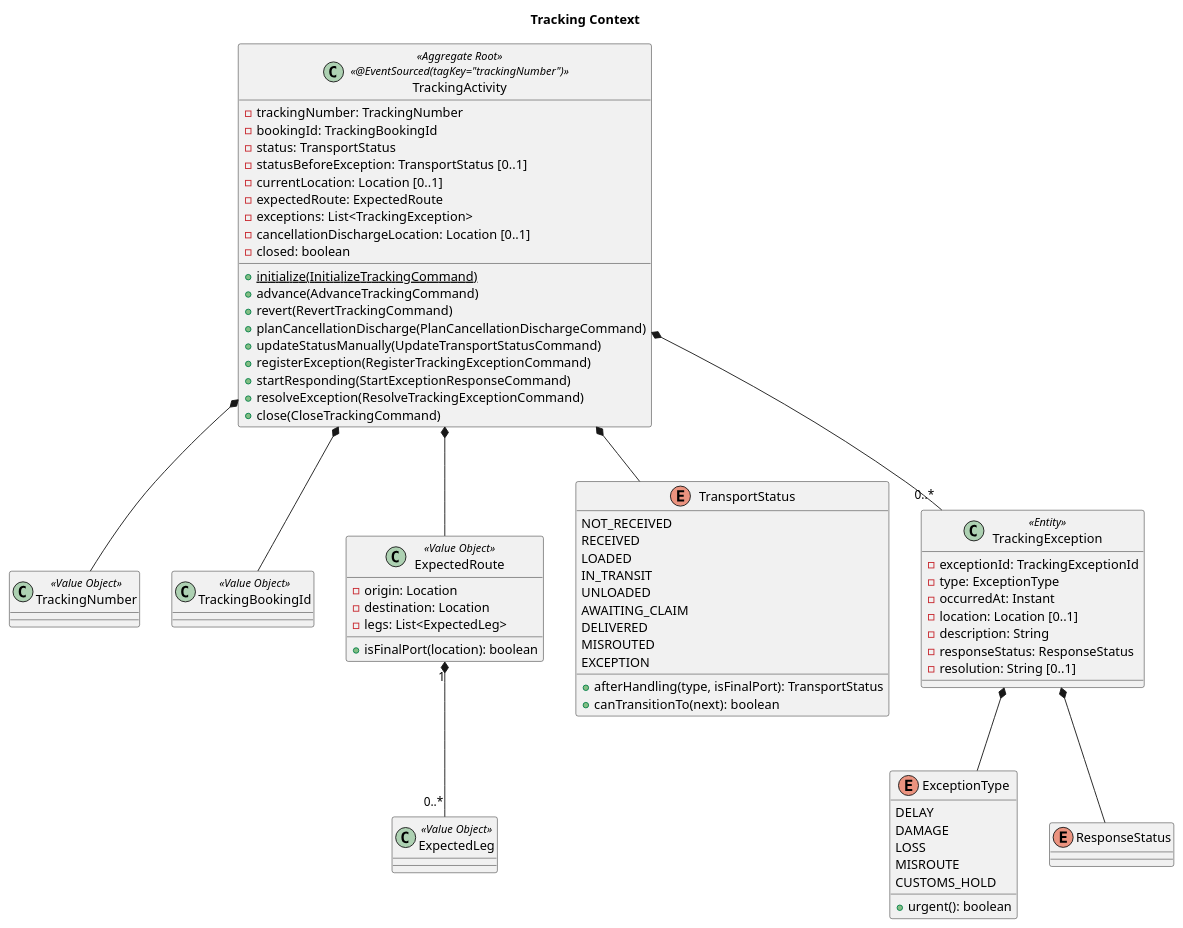
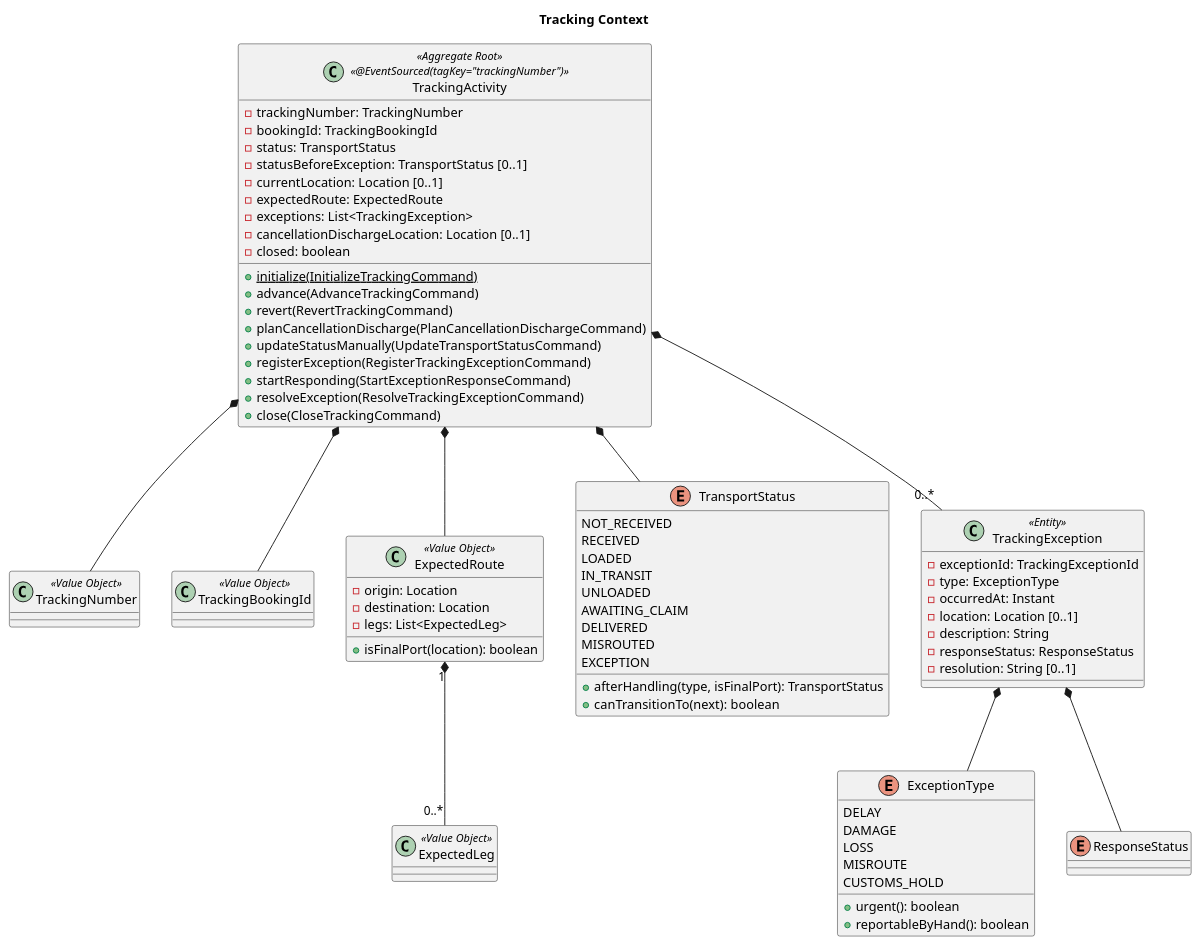
The seventh of 13 diagrams in docs/design/cargo-tracker/domain-model.md (k2works/case-study-cargo-tracker), drawn with PlantUML before and after one commit. The commit also changed other lines of this file and 63 other files, not shown here.

````diff
--- a/docs/design/cargo-tracker/domain-model.md
+++ b/docs/design/cargo-tracker/domain-model.md
@@ -745,77 +745,78 @@
 ```plantuml
 @startuml
 title Tracking Context
 
 class TrackingActivity <<Aggregate Root>> <<@EventSourced(tagKey="trackingNumber")>> {
   - trackingNumber: TrackingNumber
   - bookingId: TrackingBookingId
   - status: TransportStatus
   - statusBeforeException: TransportStatus [0..1]
   - currentLocation: Location [0..1]
   - expectedRoute: ExpectedRoute
   - exceptions: List<TrackingException>
   - cancellationDischargeLocation: Location [0..1]
   - closed: boolean
   + {static} initialize(InitializeTrackingCommand)
   + advance(AdvanceTrackingCommand)
   + revert(RevertTrackingCommand)
   + planCancellationDischarge(PlanCancellationDischargeCommand)
   + updateStatusManually(UpdateTransportStatusCommand)
   + registerException(RegisterTrackingExceptionCommand)
   + startResponding(StartExceptionResponseCommand)
   + resolveException(ResolveTrackingExceptionCommand)
   + close(CloseTrackingCommand)
 }
 class TrackingNumber <<Value Object>>
 class TrackingBookingId <<Value Object>>
 class ExpectedRoute <<Value Object>> {
   - origin: Location
   - destination: Location
   - legs: List<ExpectedLeg>
   + isFinalPort(location): boolean
 }
 class ExpectedLeg <<Value Object>>
 
 enum TransportStatus {
   NOT_RECEIVED
   RECEIVED
   LOADED
   IN_TRANSIT
   UNLOADED
   AWAITING_CLAIM
   DELIVERED
   MISROUTED
   EXCEPTION
   + afterHandling(type, isFinalPort): TransportStatus
   + canTransitionTo(next): boolean
 }
 
 class TrackingException <<Entity>> {
   - exceptionId: TrackingExceptionId
   - type: ExceptionType
   - occurredAt: Instant
   - location: Location [0..1]
   - description: String
   - responseStatus: ResponseStatus
   - resolution: String [0..1]
 }
 enum ExceptionType {
   DELAY
   DAMAGE
   LOSS
   MISROUTE
   CUSTOMS_HOLD
   + urgent(): boolean
+  + reportableByHand(): boolean
 }
 enum ResponseStatus
 
 TrackingActivity *-- TrackingNumber
 TrackingActivity *-- TrackingBookingId
 TrackingActivity *-- TransportStatus
 TrackingActivity *-- ExpectedRoute
 TrackingActivity *-- "0..*" TrackingException
 TrackingException *-- ExceptionType
 TrackingException *-- ResponseStatus
 ExpectedRoute "1" *-- "0..*" ExpectedLeg
 @enduml
 ```
````
